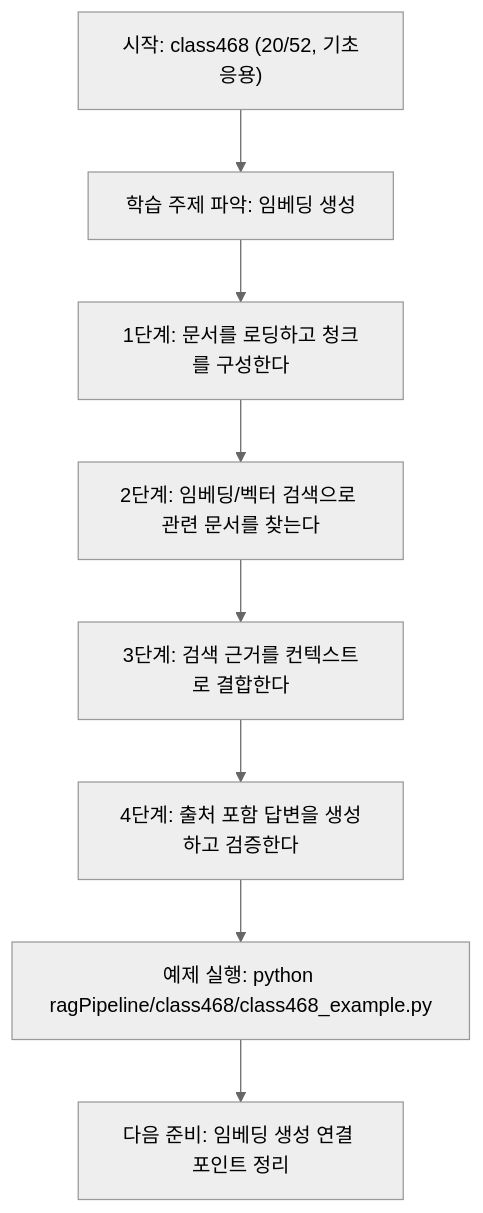
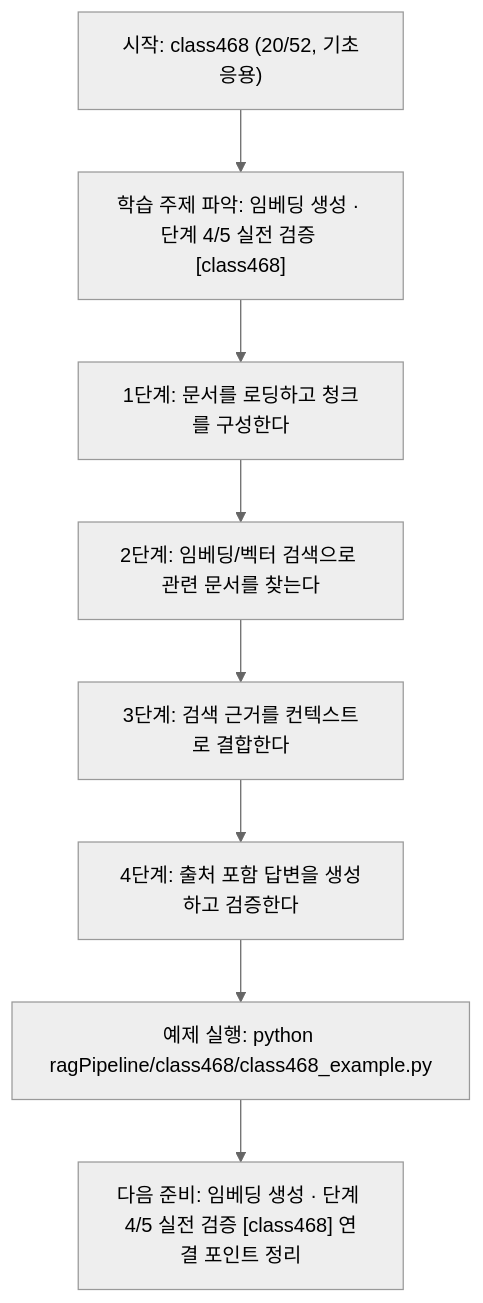
Before and after one commit to edumgt/Python-AI_Agent-Class: the diagram in ragPipeline/class468/class468.md, drawn with Mermaid (neutral theme). The commit also changed other lines of this file and 522 other files, not shown here.

````diff
--- a/ragPipeline/class468/class468.md
+++ b/ragPipeline/class468/class468.md
@@ -109,18 +110,18 @@
 ```mermaid
 flowchart TD
 N1["시작: class468 (20/52, 기초응용)"]
-N2["학습 주제 파악: 임베딩 생성"]
+N2["학습 주제 파악: 임베딩 생성 · 단계 4/5 실전 검증 [class468]"]
 N3["1단계: 문서를 로딩하고 청크를 구성한다"]
 N4["2단계: 임베딩/벡터 검색으로 관련 문서를 찾는다"]
 N5["3단계: 검색 근거를 컨텍스트로 결합한다"]
 N6["4단계: 출처 포함 답변을 생성하고 검증한다"]
 N7["예제 실행: python ragPipeline/class468/class468_example.py"]
-N8["다음 준비: 임베딩 생성 연결 포인트 정리"]
+N8["다음 준비: 임베딩 생성 · 단계 4/5 실전 검증 [class468] 연결 포인트 정리"]
 N1 --> N2
 N2 --> N3
 N3 --> N4
 N4 --> N5
 N5 --> N6
 N6 --> N7
 N7 --> N8
 ```
````
